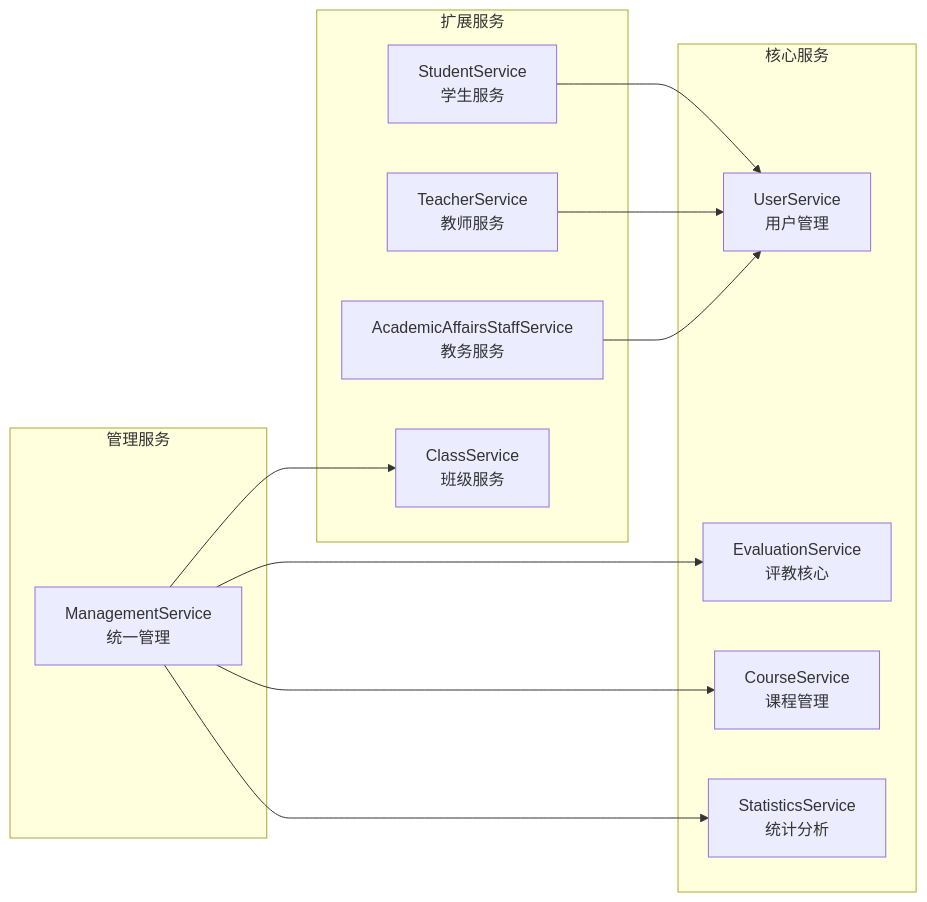
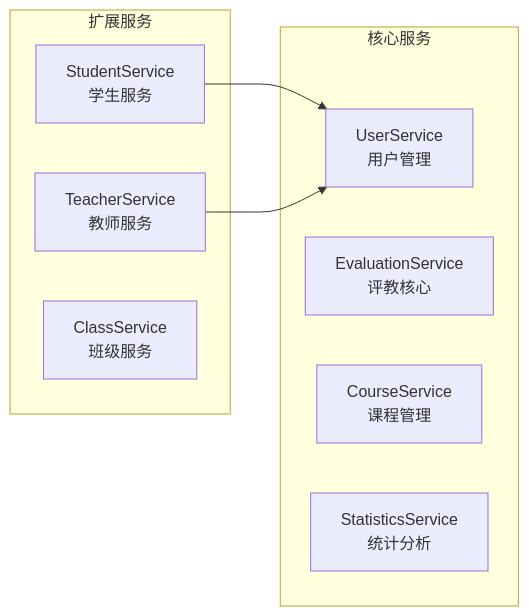
Before and after one commit to ViojinL/studentEvaluationManagement: the second of 8 diagrams in docx/04-系统架构设计.md, drawn with Mermaid. The commit also changed other lines of this file and 38 other files, not shown here.

````diff
--- a/docx/04-系统架构设计.md
+++ b/docx/04-系统架构设计.md
@@ -158,29 +153,18 @@
 ```mermaid
 graph LR
     subgraph "核心服务"
         US[UserService<br/>用户管理]
         ES[EvaluationService<br/>评教核心]
         CS[CourseService<br/>课程管理]
         SS[StatisticsService<br/>统计分析]
     end
     
     subgraph "扩展服务"
         STS[StudentService<br/>学生服务]
         TS[TeacherService<br/>教师服务]
-        AAS[AcademicAffairsStaffService<br/>教务服务]
         CLS[ClassService<br/>班级服务]
     end
-    
-    subgraph "管理服务"
-        MS[ManagementService<br/>统一管理]
-    end
-    
-    MS --> CS
-    MS --> ES
-    MS --> CLS
-    MS --> SS
-    
+
     STS --> US
     TS --> US
-    AAS --> US
 ```
````
